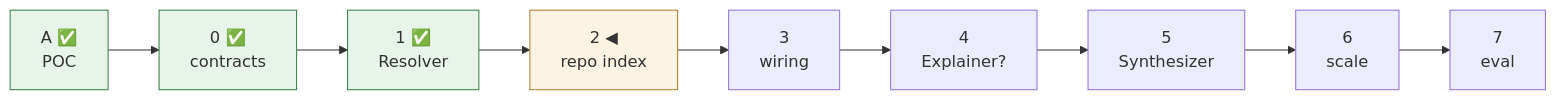
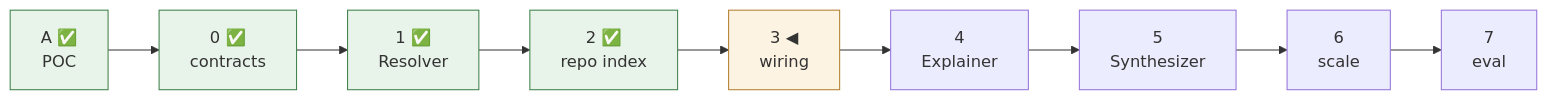
One commit to RUI030/Code2Docs changed the fourth of 4 diagrams in ARCHITECTURE.md. Above: the diagram before and after it, drawn with Mermaid. The commit also changed other lines of this file and 2 other files, not shown here.

First line of the commit message:
Bring README, plan, and architecture up to Phase 3 entry state

````diff
--- a/ARCHITECTURE.md
+++ b/ARCHITECTURE.md
@@ -165,8 +165,9 @@
 ```mermaid
 flowchart LR
-  PA["A ✅<br/>POC"] --> P0["0 ✅<br/>contracts"] --> P1["1 ✅<br/>Resolver"] --> P2["2 ◀<br/>repo index"] --> P3["3<br/>wiring"] --> P4["4<br/>Explainer?"] --> P5["5<br/>Synthesizer"] --> P6["6<br/>scale"] --> P7["7<br/>eval"]
+  PA["A ✅<br/>POC"] --> P0["0 ✅<br/>contracts"] --> P1["1 ✅<br/>Resolver"] --> P2["2 ✅<br/>repo index"] --> P3["3 ◀<br/>wiring"] --> P4["4<br/>Explainer"] --> P5["5<br/>Synthesizer"] --> P6["6<br/>scale"] --> P7["7<br/>eval"]
   style PA fill:#e8f4ea,stroke:#3a7d44
   style P0 fill:#e8f4ea,stroke:#3a7d44
   style P1 fill:#e8f4ea,stroke:#3a7d44
-  style P2 fill:#fdf3e3,stroke:#b07d2b
+  style P2 fill:#e8f4ea,stroke:#3a7d44
+  style P3 fill:#fdf3e3,stroke:#b07d2b
 ```
````
